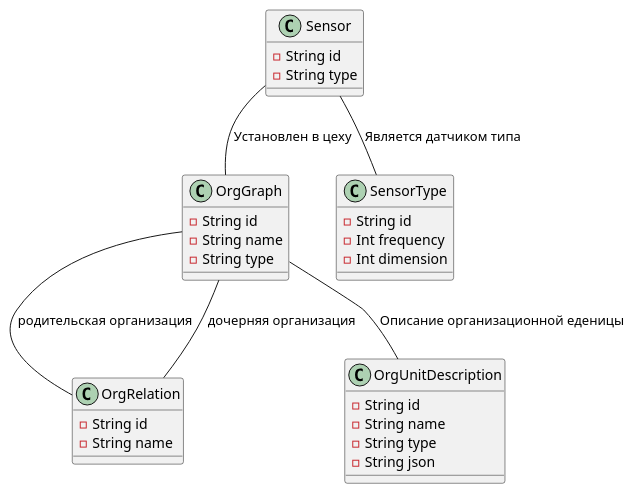
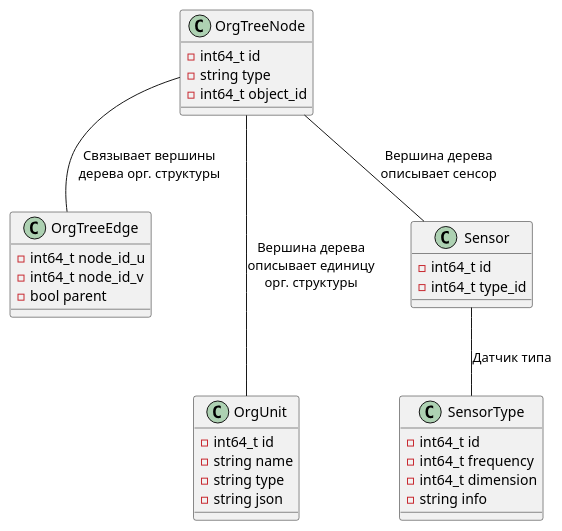
Before and after one commit to EngineerXL/diploma: the diagram in datamodel.md, drawn with PlantUML. The commit also changed 2 other files, not shown here.

Commit message:
Обновил модель, начал работу над админ. панелью

````diff
--- a/datamodel.md
+++ b/datamodel.md
@@ -4,41 +4,42 @@
 ```plantuml
 @startuml
-class OrgGraph {
-  -String id
-  -String name
-  -String type 
+class OrgTreeEdge {
+  -int64_t node_id_u
+  -int64_t node_id_v
+  -bool parent
 }
 
-class OrgRelation{
-  -String id
-  -String name
+class OrgTreeNode {
+  -int64_t id
+  -string type
+  -int64_t object_id
 }
 
-class OrgUnitDescription{
-  -String id
-  -String name   
-  -String type
-  -String json
+class OrgUnit {
+  -int64_t id
+  -string name   
+  -string type
+  -string json
 }
 
 class Sensor{
- -String id
- -String type 
+ -int64_t id
+ -int64_t type_id
 }
 
 class SensorType{
-    -String id
-    -Int frequency
-    -Int dimension
+  -int64_t id
+  -int64_t frequency
+  -int64_t dimension
+  -string info
 }
 
-OrgGraph -- OrgRelation : родительская организация
-OrgGraph -- OrgRelation : дочерняя организация
+OrgTreeNode -- OrgTreeEdge: "Связывает вершины\nдерева орг. структуры"
 
-OrgGraph -- OrgUnitDescription : Описание организационной еденицы
+OrgTreeNode --- OrgUnit: "Вершина дерева\nописывает единицу\nорг. структуры"
 
-Sensor -- OrgGraph : Установлен в цеху
+OrgTreeNode -- Sensor: "Вершина дерева\nописывает сенсор"
 
-Sensor -- SensorType: Является датчиком типа
+Sensor -- SensorType: "Датчик типа"
 @enduml
 ```
````
